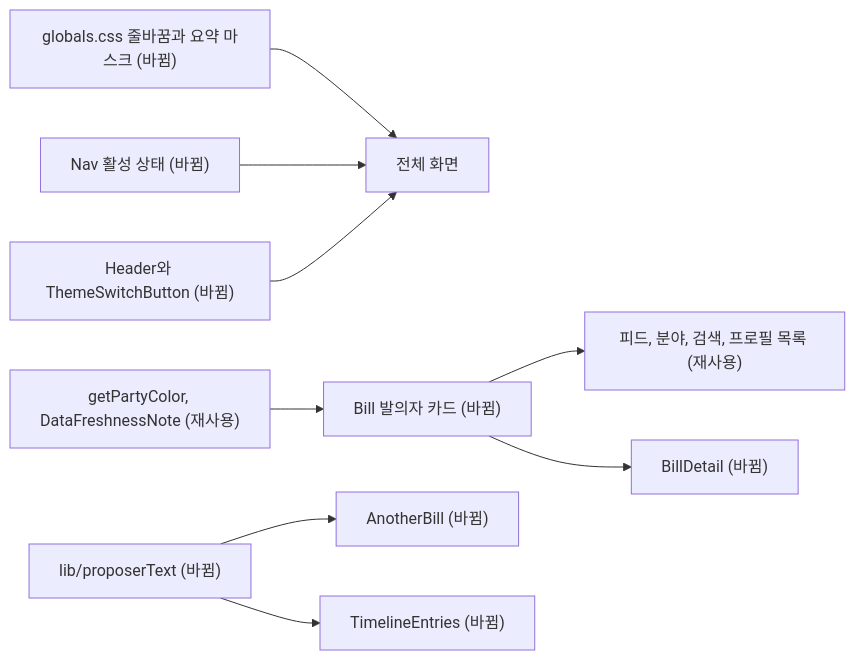
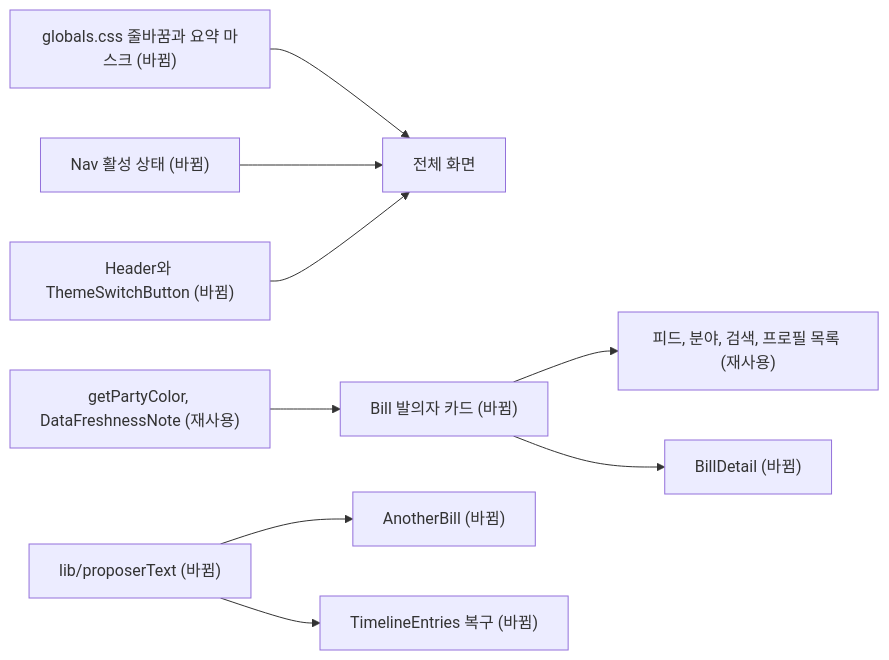
The diagram in .intent/spec_design-quality-audit.md (DigestWorks/LawDigest), drawn with Mermaid before and after one commit. The commit also changed other lines of this file and 8 other files, not shown here.

````diff
--- a/.intent/spec_design-quality-audit.md
+++ b/.intent/spec_design-quality-audit.md
@@ -32,11 +38,11 @@
 ```mermaid
 flowchart LR
   G["globals.css 줄바꿈과 요약 마스크 (바뀜)"] --> P["전체 화면"]
   N["Nav 활성 상태 (바뀜)"] --> P
   H["Header와 ThemeSwitchButton (바뀜)"] --> P
   B["Bill 발의자 카드 (바뀜)"] --> F["피드, 분야, 검색, 프로필 목록 (재사용)"]
   B --> D["BillDetail (바뀜)"]
   L["lib/proposerText (바뀜)"] --> A["AnotherBill (바뀜)"]
-  L --> T["TimelineEntries (바뀜)"]
+  L --> T["TimelineEntries 복구 (바뀜)"]
   S["getPartyColor, DataFreshnessNote (재사용)"] --> B
 ```
````
